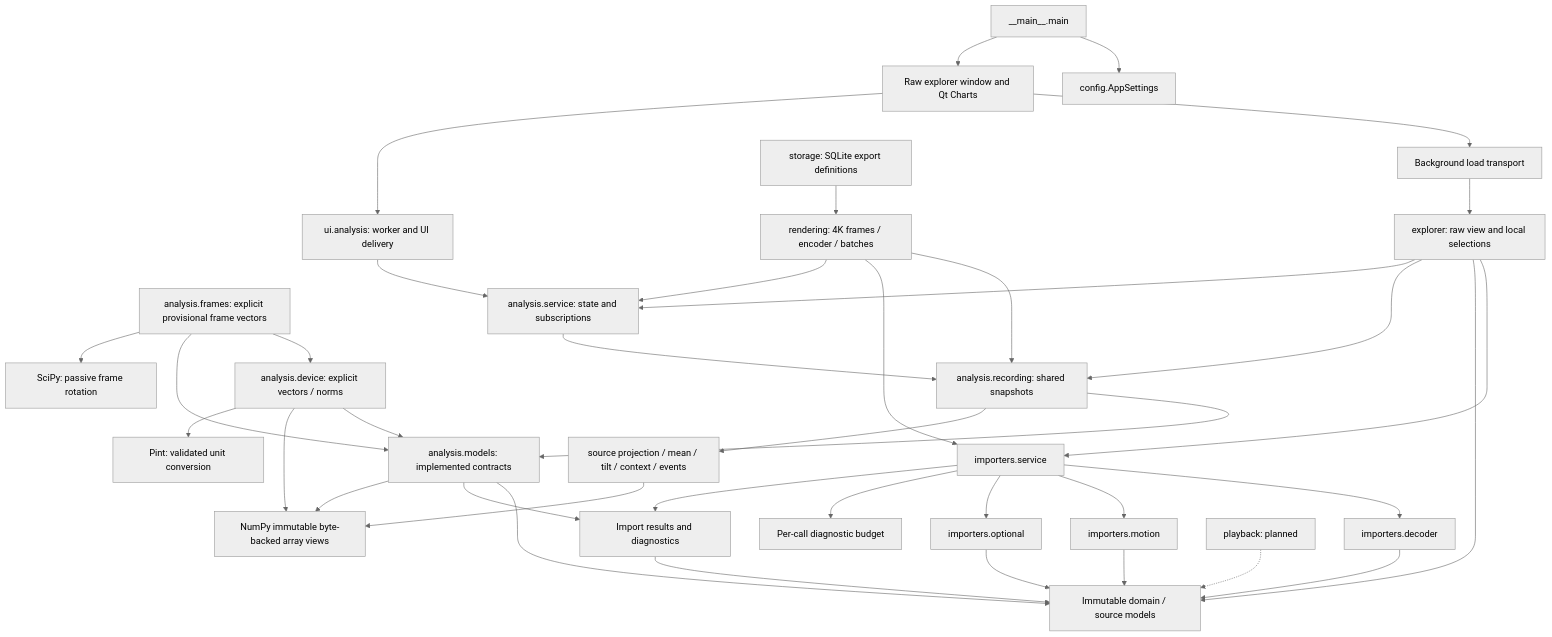
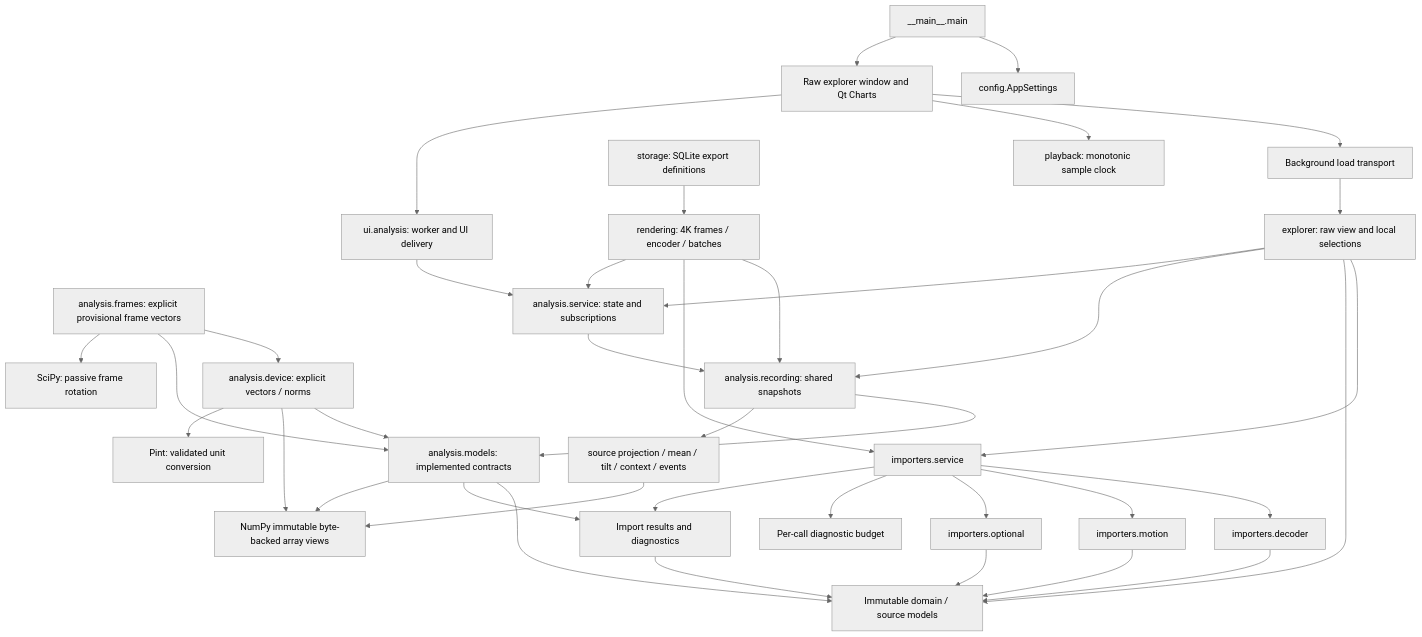
One commit to rudnerbjoern/ride-forces-analyzer changed the diagram in docs/architecture/05_building_block_view.md. Above: the diagram before and after it, drawn with Mermaid (neutral theme). The commit also changed other lines of this file and 17 other files, not shown here.

````diff
--- a/docs/architecture/05_building_block_view.md
+++ b/docs/architecture/05_building_block_view.md
@@ -7,40 +7,40 @@
 ```mermaid
 flowchart TB
     Entry["__main__.main"] --> Settings["config.AppSettings"]
     Entry --> Qt["Raw explorer window and Qt Charts"]
     Qt --> Worker["Background load transport"]
     Worker --> Presentation["explorer: raw view and local selections"]
     Presentation --> Service
     Presentation --> Domain
     Service["importers.service"] --> Decoder["importers.decoder"]
     Service --> Motion["importers.motion"]
     Service --> Optional["importers.optional"]
     Service --> Budget["Per-call diagnostic budget"]
     Service --> Results["Import results and diagnostics"]
     Decoder --> Domain["Immutable domain / source models"]
     Motion --> Domain
     Optional --> Domain
     Results --> Domain
     Analysis["analysis.models: implemented contracts"] --> Domain
     Analysis --> Results
     Analysis --> NumPy["NumPy immutable byte-backed array views"]
     Device["analysis.device: explicit vectors / norms"] --> Analysis
     Device --> NumPy
     Device --> Pint["Pint: validated unit conversion"]
     Frames["analysis.frames: explicit provisional frame vectors"] --> Device
     Frames --> Analysis
     Frames --> SciPy["SciPy: passive frame rotation"]
     Storage["storage: SQLite export definitions"] --> Rendering
-    Playback["playback: planned"] -.-> Domain
+    Qt --> Playback["playback: monotonic sample clock"]
     Rendering["rendering: 4K frames / encoder / batches"] --> Recording["analysis.recording: shared snapshots"]
     Rendering --> Service
     Rendering --> AnalysisService["analysis.service: state and subscriptions"]
     Presentation --> Recording
     Presentation --> AnalysisService
     Qt --> Adapter["ui.analysis: worker and UI delivery"]
     Adapter --> AnalysisService
     AnalysisService --> Recording
     Recording --> Analysis
     Recording --> Numerical["source projection / mean / tilt / context / events"]
     Numerical --> NumPy
 ```
````
